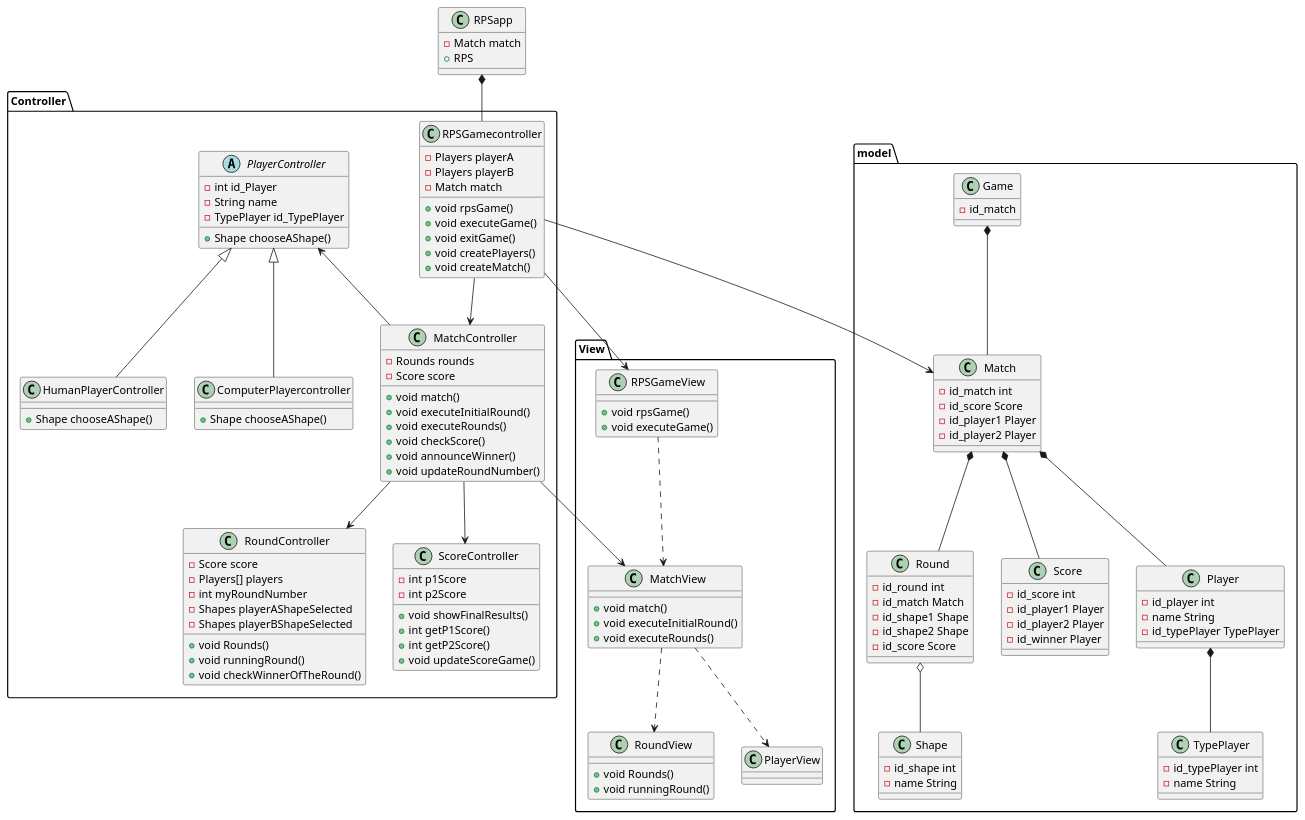
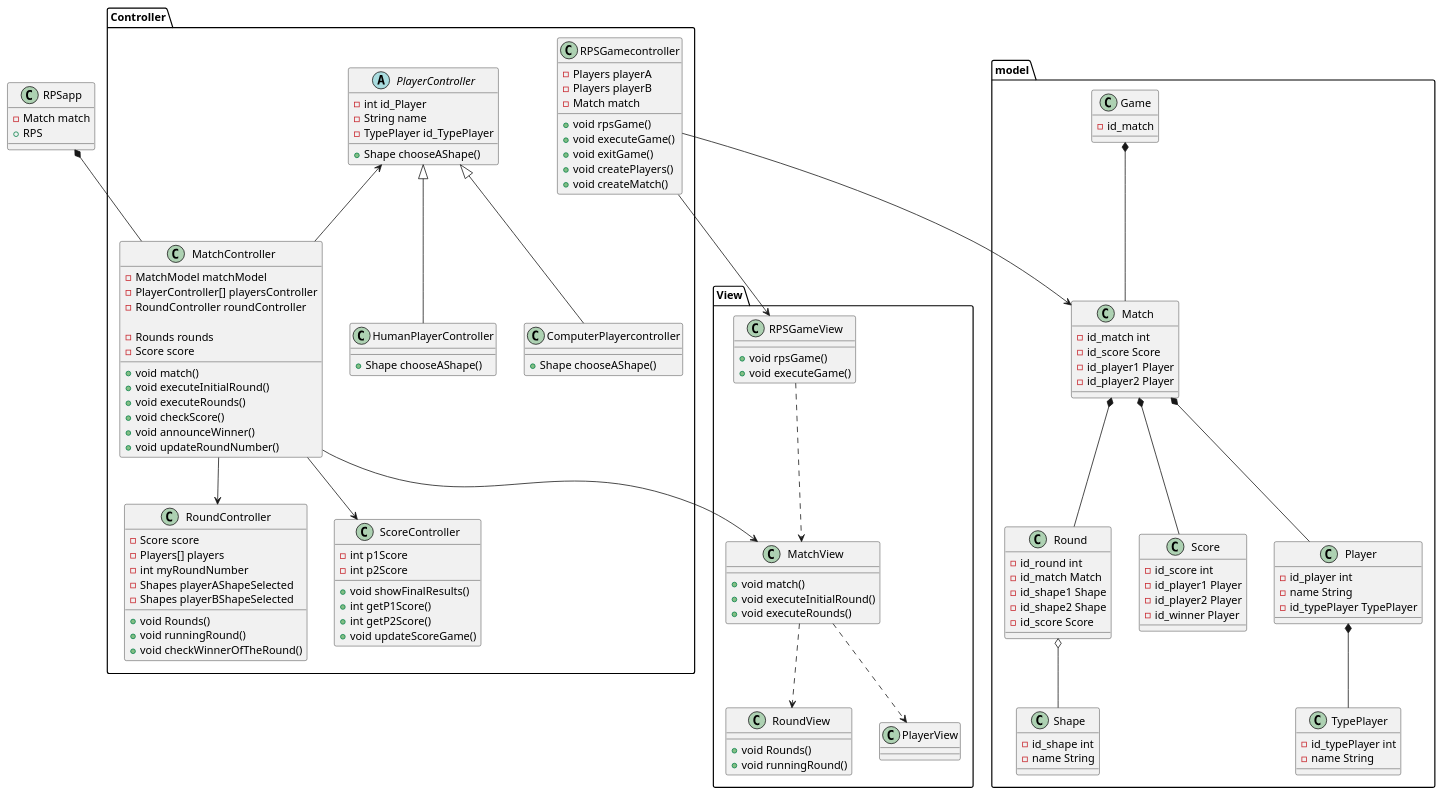
One commit to ederramos01/rock-paper-scissors changed the diagram in doc/mvc-diagram.puml. Above: the diagram before and after it, drawn with PlantUML. The commit also changed 4 other files, not shown here.

```diff
--- a/doc/mvc-diagram.puml
+++ b/doc/mvc-diagram.puml
@@ -1,157 +1,163 @@
 @startuml
 
 class RPSapp {
     - Match match
     +RPS
 }
 
+/'PACKAGE VIEW'/
 package View{
     class RPSGameView {
         + void rpsGame()
         + void executeGame()
     }
 
     class MatchView {
         + void match()
         + void executeInitialRound()
         + void executeRounds()
     }
 
     class RoundView {
         + void Rounds()
         + void runningRound()
     }
 
     class PlayerView {
 
     }
 }
-
+/'PACKAGE CONTROLLER'/
 package Controller {
     class RPSGamecontroller {
         - Players playerA
         - Players playerB
         - Match match
         + void rpsGame()
         + void executeGame()
         + void exitGame()
         + void createPlayers()
         + void createMatch()
     }
 
     class MatchController {
+        - MatchModel matchModel
+        - PlayerController[] playersController
+        - RoundController roundController
+        
         - Rounds rounds
         - Score score
         + void match()
         + void executeInitialRound()
         + void executeRounds()
         + void checkScore()
         + void announceWinner()
         + void updateRoundNumber()
     }
 
     class RoundController {
         - Score score
         - Players[] players
         - int myRoundNumber
         - Shapes playerAShapeSelected
         - Shapes playerBShapeSelected
         + void Rounds()
         + void runningRound()
         + void checkWinnerOfTheRound()
     }
 
     abstract class PlayerController {
         - int id_Player
         - String name
         - TypePlayer id_TypePlayer
         + Shape chooseAShape()
     }
 
     class HumanPlayerController {
         + Shape chooseAShape()
     }
 
     class ComputerPlayercontroller {
         + Shape chooseAShape()
     }
 
     class ScoreController {
         - int p1Score
         - int p2Score
         + void showFinalResults()
         + int getP1Score()
         + int getP2Score()
         + void updateScoreGame()
     }
 
-    RPSapp *-- RPSGamecontroller
+    /'RPSapp *-- RPSGamecontroller'/
+    RPSapp *-- MatchController
     PlayerController <|-- HumanPlayerController
     PlayerController <|-- ComputerPlayercontroller
-    RPSGamecontroller --> MatchController
+    /'RPSGamecontroller --> MatchController'/
     MatchController --> RoundController
     MatchController --> ScoreController
     PlayerController <-- MatchController
 
 }
 
 package model {
 
     class Game {
         -id_match
     }
     
     class Round {
     -id_round int
     -id_match Match
     -id_shape1 Shape
     -id_shape2 Shape
     -id_score Score
 }
 
 class Match {
     -id_match int
     -id_score Score
     -id_player1 Player
     -id_player2 Player
 }
 
 class Score {
     -id_score int
     -id_player1 Player
     -id_player2 Player
     -id_winner Player
 }
 
 class Shape {
     -id_shape int
     -name String
 }
 
 class Player{
     -id_player int
     -name String
     -id_typePlayer TypePlayer
 }
 
 class TypePlayer {
     -id_typePlayer int
     -name String
 }
     Game *-- Match
     Match *-- Round
     Match *-- Player
     Round o-- Shape
     Player *-- TypePlayer
     Match *-- Score 
 }
 
 RPSGameView ..> MatchView
 MatchView ..> RoundView
 MatchView ..> PlayerView
 
 RPSGamecontroller --> RPSGameView
 MatchController --> MatchView
 RPSGamecontroller --> Match
 
 @enduml
```
